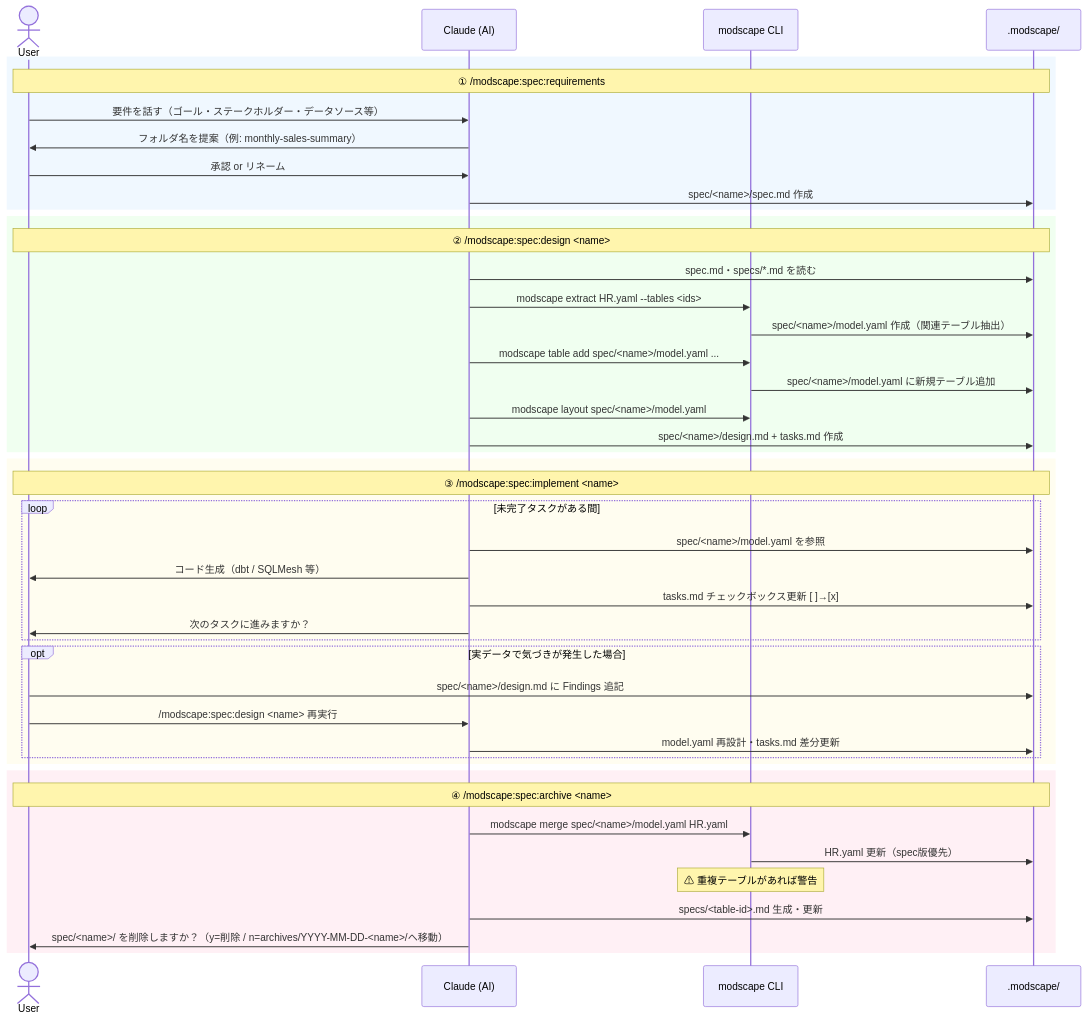
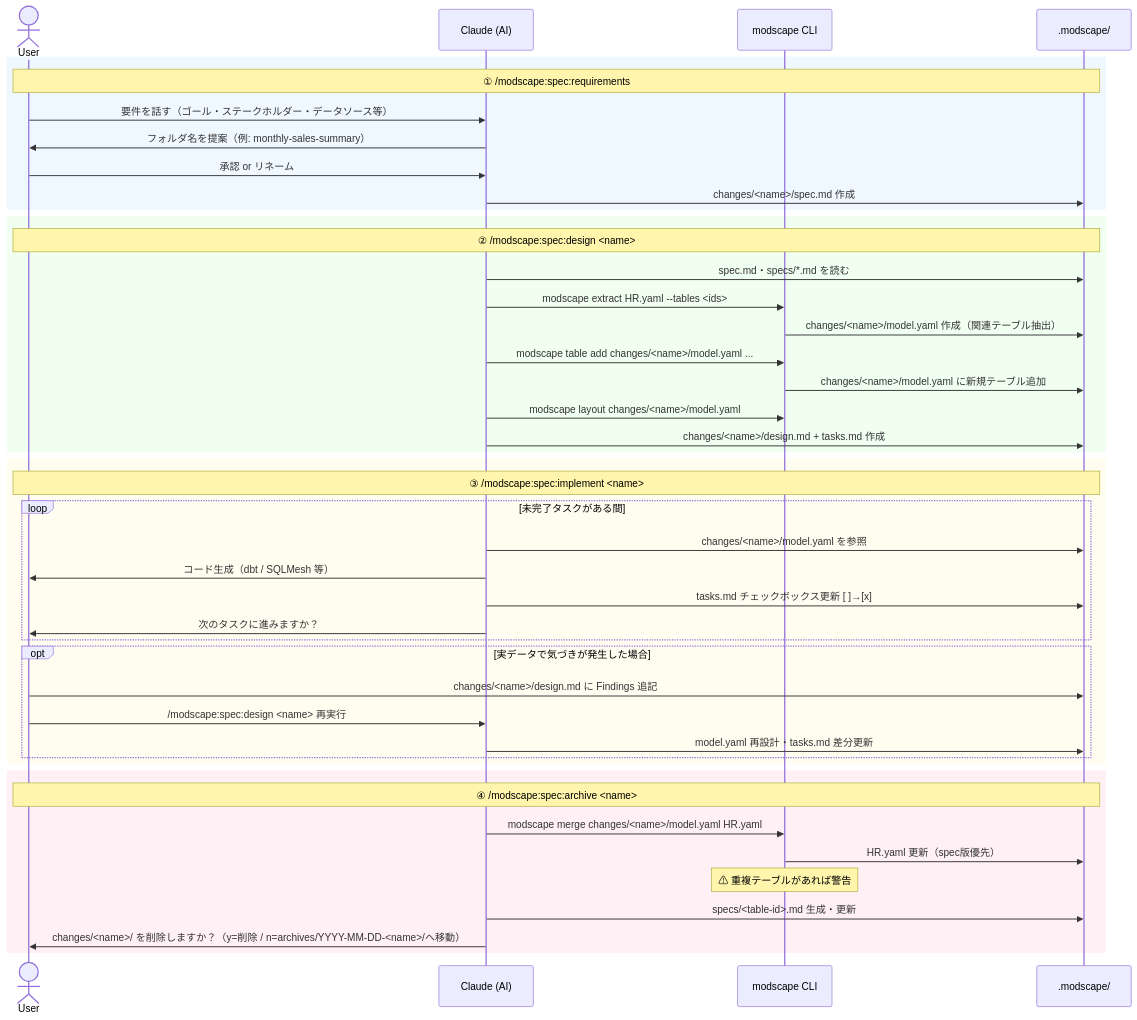
Before and after one commit to yujikawa/modscape: the diagram in README.ja.md, drawn with Mermaid. The commit also changed other lines of this file and 17 other files, not shown here.

````diff
--- a/README.ja.md
+++ b/README.ja.md
@@ -560,50 +560,50 @@
 ```mermaid
 sequenceDiagram
     actor User
     participant AI as Claude (AI)
     participant CLI as modscape CLI
     participant FS as .modscape/
 
     rect rgb(240, 248, 255)
         Note over User,FS: ① /modscape:spec:requirements
         User->>AI: 要件を話す（ゴール・ステークホルダー・データソース等）
         AI->>User: フォルダ名を提案（例: monthly-sales-summary）
         User->>AI: 承認 or リネーム
-        AI->>FS: spec/<name>/spec.md 作成
+        AI->>FS: changes/<name>/spec.md 作成
     end
 
     rect rgb(240, 255, 240)
         Note over User,FS: ② /modscape:spec:design <name>
         AI->>FS: spec.md・specs/*.md を読む
         AI->>CLI: modscape extract HR.yaml --tables <ids>
-        CLI->>FS: spec/<name>/model.yaml 作成（関連テーブル抽出）
-        AI->>CLI: modscape table add spec/<name>/model.yaml ...
-        CLI->>FS: spec/<name>/model.yaml に新規テーブル追加
-        AI->>CLI: modscape layout spec/<name>/model.yaml
-        AI->>FS: spec/<name>/design.md + tasks.md 作成
+        CLI->>FS: changes/<name>/model.yaml 作成（関連テーブル抽出）
+        AI->>CLI: modscape table add changes/<name>/model.yaml ...
+        CLI->>FS: changes/<name>/model.yaml に新規テーブル追加
+        AI->>CLI: modscape layout changes/<name>/model.yaml
+        AI->>FS: changes/<name>/design.md + tasks.md 作成
     end
 
     rect rgb(255, 253, 240)
         Note over User,FS: ③ /modscape:spec:implement <name>
         loop 未完了タスクがある間
-            AI->>FS: spec/<name>/model.yaml を参照
+            AI->>FS: changes/<name>/model.yaml を参照
             AI->>User: コード生成（dbt / SQLMesh 等）
             AI->>FS: tasks.md チェックボックス更新 [ ]→[x]
             AI->>User: 次のタスクに進みますか？
         end
         opt 実データで気づきが発生した場合
-            User->>FS: spec/<name>/design.md に Findings 追記
+            User->>FS: changes/<name>/design.md に Findings 追記
             User->>AI: /modscape:spec:design <name> 再実行
             AI->>FS: model.yaml 再設計・tasks.md 差分更新
         end
     end
 
     rect rgb(255, 240, 245)
         Note over User,FS: ④ /modscape:spec:archive <name>
-        AI->>CLI: modscape merge spec/<name>/model.yaml HR.yaml
+        AI->>CLI: modscape merge changes/<name>/model.yaml HR.yaml
         CLI->>FS: HR.yaml 更新（spec版優先）
         Note over CLI: ⚠ 重複テーブルがあれば警告
         AI->>FS: specs/<table-id>.md 生成・更新
-        AI->>User: spec/<name>/ を削除しますか？（y=削除 / n=archives/YYYY-MM-DD-<name>/へ移動）
+        AI->>User: changes/<name>/ を削除しますか？（y=削除 / n=archives/YYYY-MM-DD-<name>/へ移動）
     end
 ```
````
